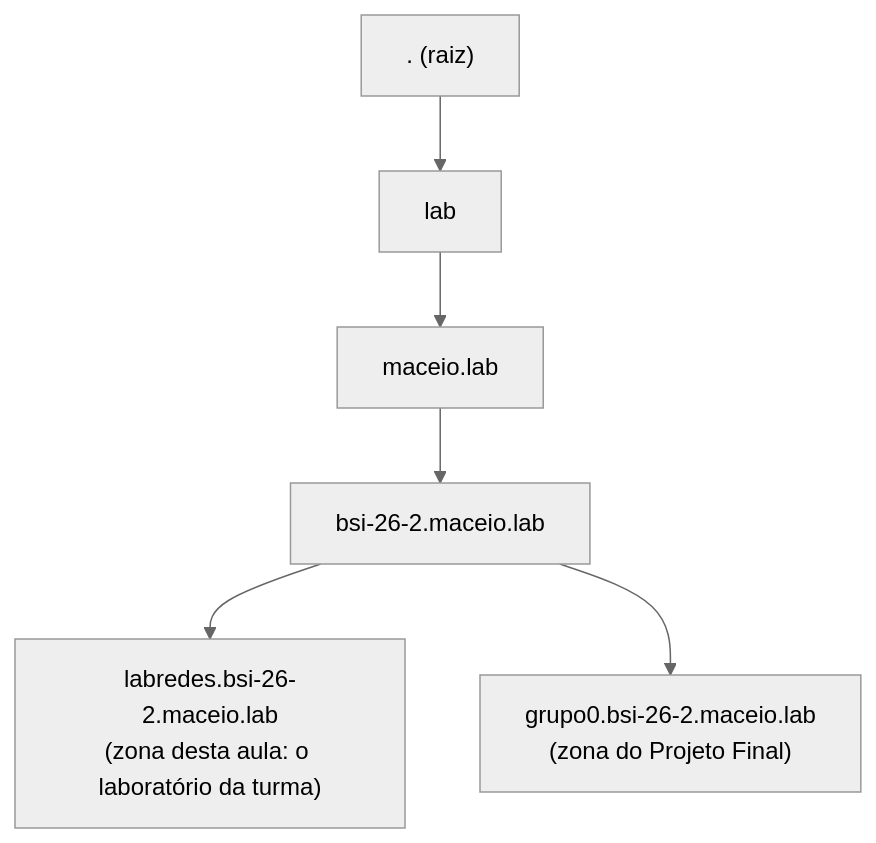
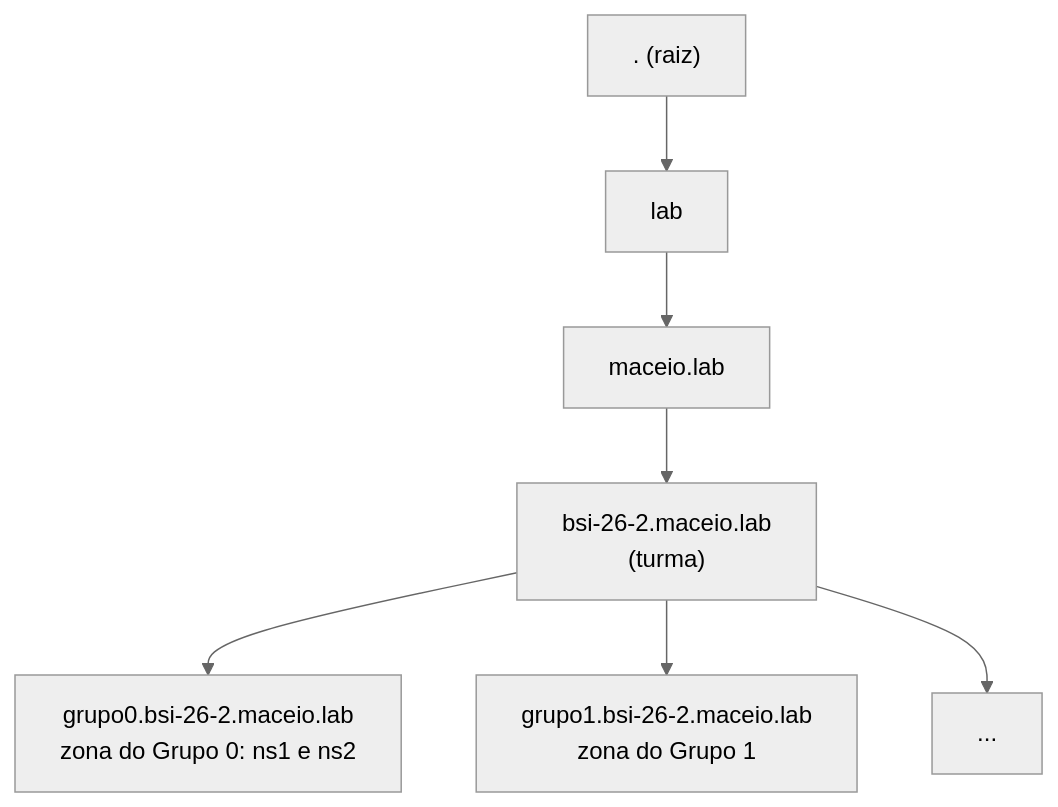
Before and after one commit to alaelson/labredes-2026.2: the first of 2 diagrams in Aula9.md, drawn with Mermaid (neutral theme). The commit also changed other lines of this file and 10 other files, not shown here.

First line of the commit message:
Projeto Final básico e aulas 09-11 alinhadas ao projeto

````diff
--- a/Aula9.md
+++ b/Aula9.md
@@ -30,8 +28,9 @@
 ```mermaid
 flowchart TD
     R[". (raiz)"] --> LAB["lab"]
     LAB --> MZ["maceio.lab"]
-    MZ --> T["bsi-26-2.maceio.lab"]
-    T --> A9["labredes.bsi-26-2.maceio.lab<br/>(zona desta aula: o laboratório da turma)"]
-    T --> G0["grupo0.bsi-26-2.maceio.lab<br/>(zona do Projeto Final)"]
+    MZ --> T["bsi-26-2.maceio.lab<br/>(turma)"]
+    T --> G0["grupo0.bsi-26-2.maceio.lab<br/>zona do Grupo 0: ns1 e ns2"]
+    T --> G1["grupo1.bsi-26-2.maceio.lab<br/>zona do Grupo 1"]
+    T --> GX["..."]
 ```
````
